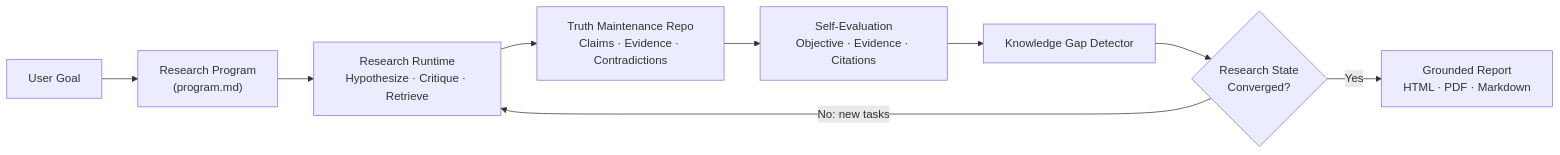
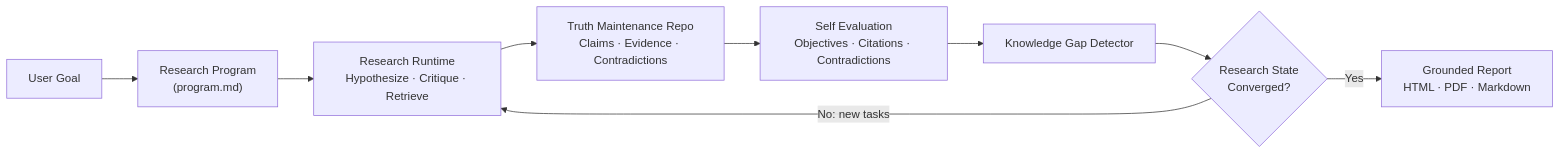
Before and after one commit to karthikeyaparunandi/legal-autoresearch-os: the first of 2 diagrams in README.md, drawn with Mermaid. The commit also changed other lines of this file, not shown here.

````diff
--- a/README.md
+++ b/README.md
@@ -42,11 +85,11 @@
 ```mermaid
 flowchart LR
     goal["User Goal"] --> program["Research Program<br/>(program.md)"]
     program --> runtime["Research Runtime<br/>Hypothesize · Critique · Retrieve"]
     runtime --> truth["Truth Maintenance Repo<br/>Claims · Evidence · Contradictions"]
-    truth --> eval["Self-Evaluation<br/>Objective · Evidence · Citations"]
+    truth --> eval["Self Evaluation<br/>Objectives · Citations · Contradictions"]
     eval --> gaps["Knowledge Gap Detector"]
     gaps --> converged{"Research State<br/>Converged?"}
     converged -- "No: new tasks" --> runtime
     converged -- "Yes" --> report["Grounded Report<br/>HTML · PDF · Markdown"]
 ```
````
